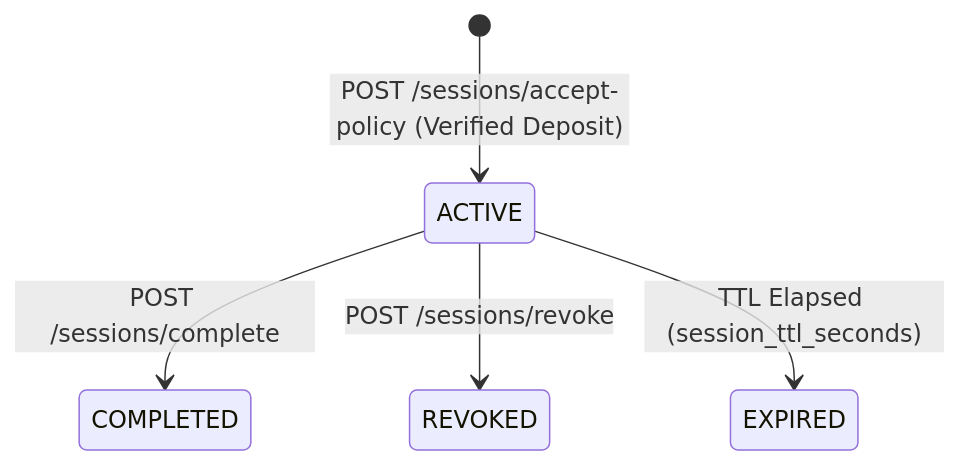
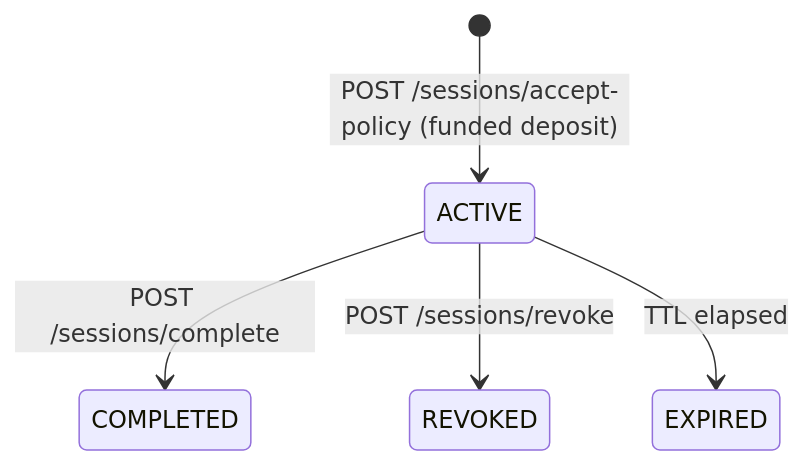
The third of 3 diagrams in README.md (sartech-labs/Paypal-hackathon-idea-1), drawn with Mermaid before and after one commit. The commit also changed other lines of this file and 2 other files, not shown here.

````diff
--- a/README.md
+++ b/README.md
@@ -240,7 +279,7 @@
 ```mermaid
 stateDiagram-v2
-    [*] --> ACTIVE: POST /sessions/accept-policy (Verified Deposit)
+    [*] --> ACTIVE: POST /sessions/accept-policy (funded deposit)
     ACTIVE --> COMPLETED: POST /sessions/complete
     ACTIVE --> REVOKED: POST /sessions/revoke
-    ACTIVE --> EXPIRED: TTL Elapsed (session_ttl_seconds)
+    ACTIVE --> EXPIRED: TTL elapsed
 ```
````
